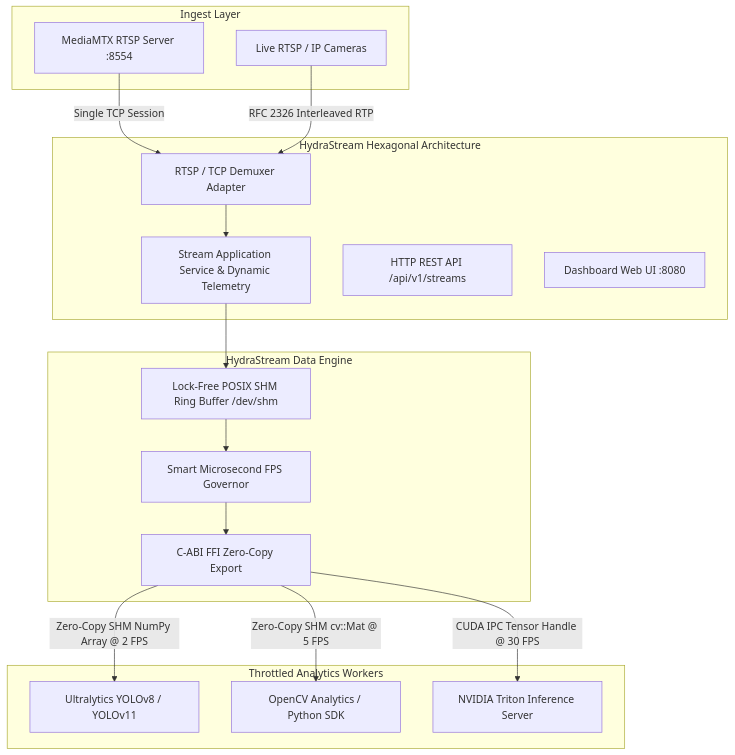
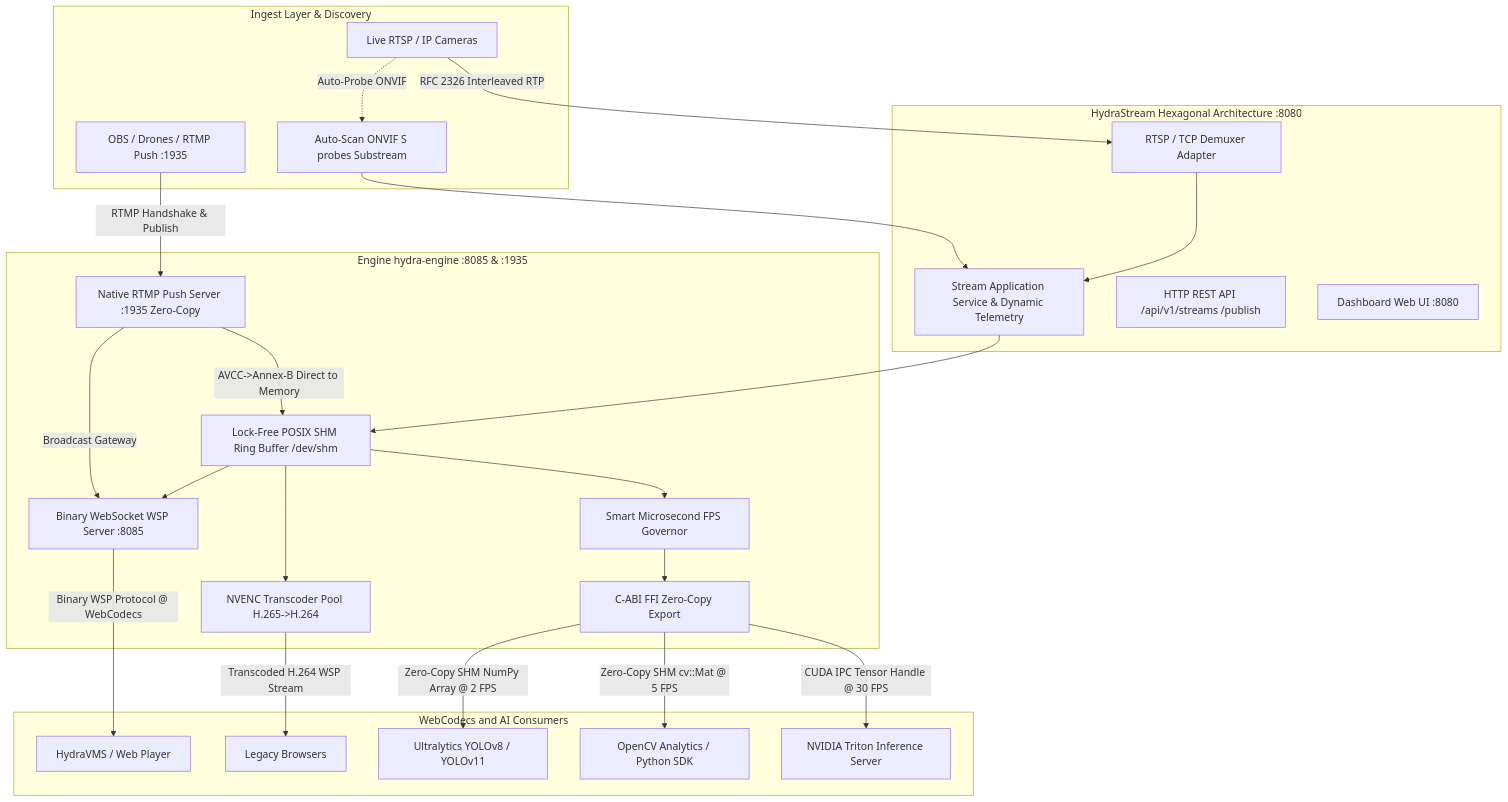
The diagram in README.md (eduardomdalmaso/HydraStream), drawn with Mermaid before and after one commit. The commit also changed other lines of this file and 40 other files, not shown here.

Commit message:
feat: implement native Rust transport engine and Go diagnostics handlers

````diff
--- a/README.md
+++ b/README.md
@@ -43,33 +46,45 @@
 ```mermaid
 flowchart TD
-    subgraph Stream Ingress [Ingest Layer]
-        MediaMTX[MediaMTX RTSP Server :8554]
+    subgraph Stream Ingress [Ingest Layer & Discovery]
         IPCam[Live RTSP / IP Cameras]
+        RTMP_Pub[OBS / Drones / RTMP Push :1935]
+        ONVIF_Scan[Auto-Scan ONVIF S probes Substream]
     end
 
-    subgraph Go Control Plane [HydraStream Hexagonal Architecture]
+    subgraph Go Control Plane [HydraStream Hexagonal Architecture :8080]
         IngestAdapter[RTSP / TCP Demuxer Adapter]
         StreamService[Stream Application Service & Dynamic Telemetry]
-        RESTRouter[HTTP REST API /api/v1/streams]
+        RESTRouter[HTTP REST API /api/v1/streams /publish]
         WebUI[Dashboard Web UI :8080]
     end
 
-    subgraph Rust Data Plane [HydraStream Data Engine]
+    subgraph Rust Data Plane [Engine hydra-engine :8085 & :1935]
+        RTMPServer[Native RTMP Push Server :1935 Zero-Copy]
+        WSPServer[Binary WebSocket WSP Server :8085]
+        NVENC_Pool[NVENC Transcoder Pool H.265->H.264]
         SHM_Ring[Lock-Free POSIX SHM Ring Buffer /dev/shm]
         Gov[Smart Microsecond FPS Governor]
         FFI[C-ABI FFI Zero-Copy Export]
     end
 
-    MediaMTX -->|Single TCP Session| IngestAdapter
     IPCam -->|RFC 2326 Interleaved RTP| IngestAdapter
+    IPCam -.->|Auto-Probe ONVIF| ONVIF_Scan
+    RTMP_Pub -->|RTMP Handshake & Publish| RTMPServer
+    RTMPServer -->|AVCC->Annex-B Direct to Memory| SHM_Ring
+    RTMPServer -->|Broadcast Gateway| WSPServer
+    ONVIF_Scan --> StreamService
     IngestAdapter --> StreamService
     StreamService --> SHM_Ring
+    SHM_Ring --> WSPServer
+    SHM_Ring --> NVENC_Pool
     SHM_Ring --> Gov
     Gov --> FFI
 
-    subgraph Analytics Consumers [Throttled Analytics Workers]
+    subgraph Clients and Analytics [WebCodecs and AI Consumers]
+        WSPServer -->|Binary WSP Protocol @ WebCodecs| HydraVMS[HydraVMS / Web Player]
+        NVENC_Pool -->|Transcoded H.264 WSP Stream| WebBrowsers[Legacy Browsers]
         FFI -->|Zero-Copy SHM NumPy Array @ 2 FPS| PythonYOLO[Ultralytics YOLOv8 / YOLOv11]
         FFI -->|Zero-Copy SHM cv::Mat @ 5 FPS| OpenCV[OpenCV Analytics / Python SDK]
         FFI -->|CUDA IPC Tensor Handle @ 30 FPS| Triton[NVIDIA Triton Inference Server]
     end
 ```
````
